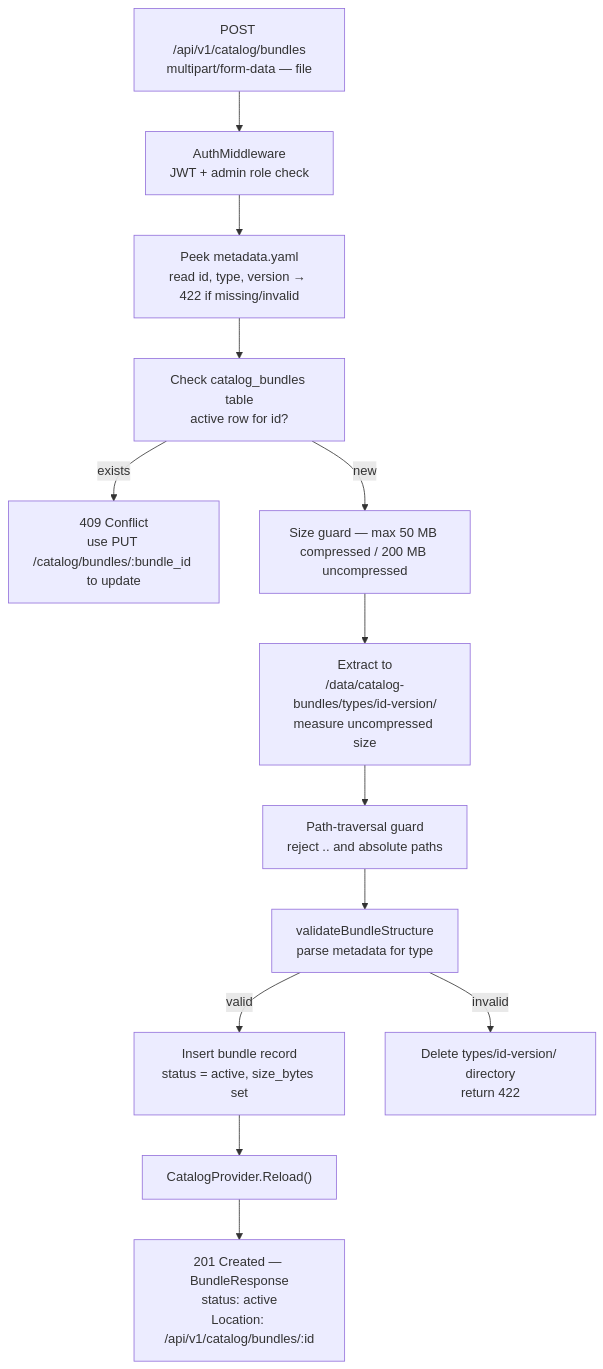
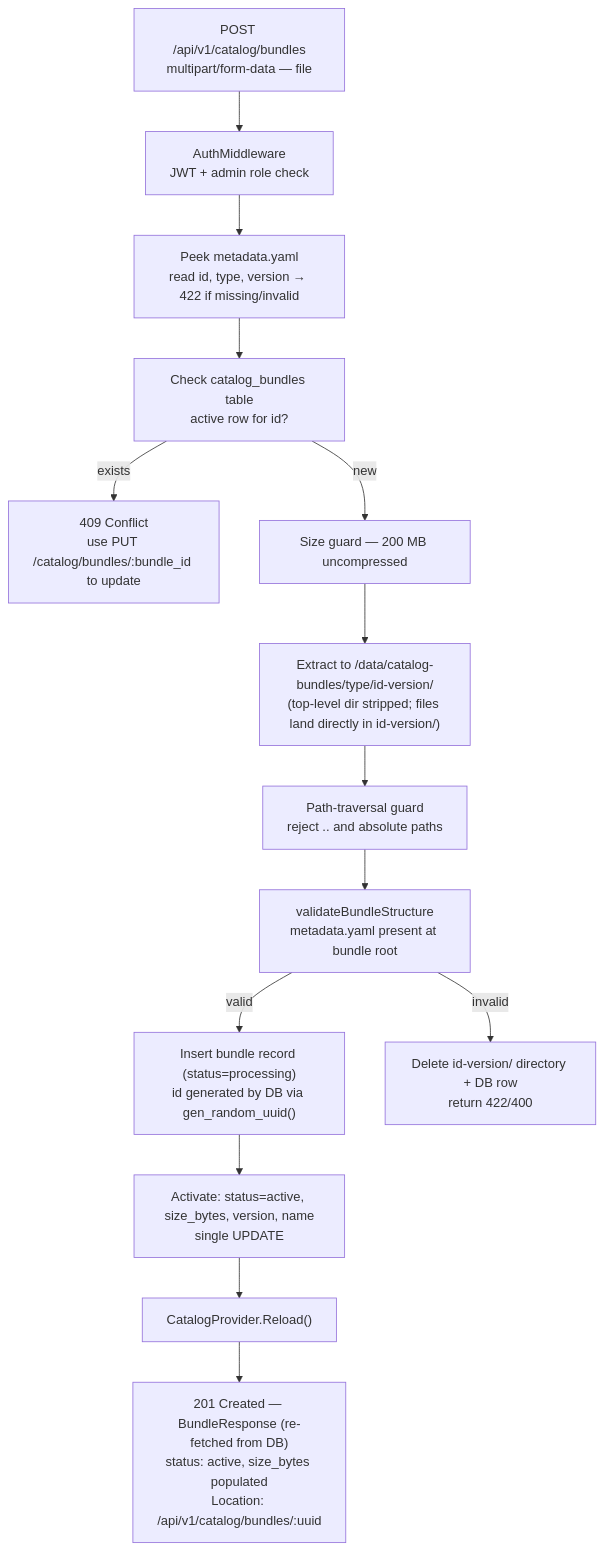
Before and after one commit to mayuka-c/project-ai-services: the second of 5 diagrams in ai-services/proposal.md, drawn with Mermaid. The commit also changed other lines of this file and 5 other files, not shown here.

````diff
--- a/ai-services/proposal.md
+++ b/ai-services/proposal.md
@@ -531,23 +531,24 @@
 ```mermaid
 flowchart TD
     REQ["POST /api/v1/catalog/bundles<br/>multipart/form-data — file"]
     AUTH["AuthMiddleware<br/>JWT + admin role check"]
     PEEK["Peek metadata.yaml<br/>read id, type, version → 422 if missing/invalid"]
     CONFLICT["Check catalog_bundles table<br/>active row for id?"]
     CONFLICT_RESP["409 Conflict<br/>use PUT /catalog/bundles/:bundle_id to update"]
-    SIZE["Size guard — max 50 MB compressed / 200 MB uncompressed"]
-    EXTRACT["Extract to<br/>/data/catalog-bundles/types/id-version/<br/>measure uncompressed size"]
+    SIZE["Size guard — 200 MB uncompressed"]
+    EXTRACT["Extract to /data/catalog-bundles/type/id-version/<br/>(top-level dir stripped; files land directly in id-version/)"]
     PATHGUARD["Path-traversal guard<br/>reject .. and absolute paths"]
-    VALIDATE["validateBundleStructure<br/>parse metadata for type"]
-    DBINSERT["Insert bundle record<br/>status = active, size_bytes set"]
+    VALIDATE["validateBundleStructure<br/>metadata.yaml present at bundle root"]
+    DBINSERT["Insert bundle record (status=processing)<br/>id generated by DB via gen_random_uuid()"]
+    ACTIVATE["Activate: status=active, size_bytes, version, name<br/>single UPDATE"]
     RELOAD["CatalogProvider.Reload()"]
-    RESP["201 Created — BundleResponse<br/>status: active<br/>Location: /api/v1/catalog/bundles/:id"]
-    FAIL["Delete types/id-version/ directory<br/>return 422"]
+    RESP["201 Created — BundleResponse (re-fetched from DB)<br/>status: active, size_bytes populated<br/>Location: /api/v1/catalog/bundles/:uuid"]
+    FAIL["Delete id-version/ directory + DB row<br/>return 422/400"]
 
     REQ --> AUTH --> PEEK
     PEEK --> CONFLICT
     CONFLICT -->|"exists"| CONFLICT_RESP
     CONFLICT -->|"new"| SIZE --> EXTRACT --> PATHGUARD --> VALIDATE
-    VALIDATE -->|"valid"| DBINSERT --> RELOAD --> RESP
+    VALIDATE -->|"valid"| DBINSERT --> ACTIVATE --> RELOAD --> RESP
     VALIDATE -->|"invalid"| FAIL
 ```
````
